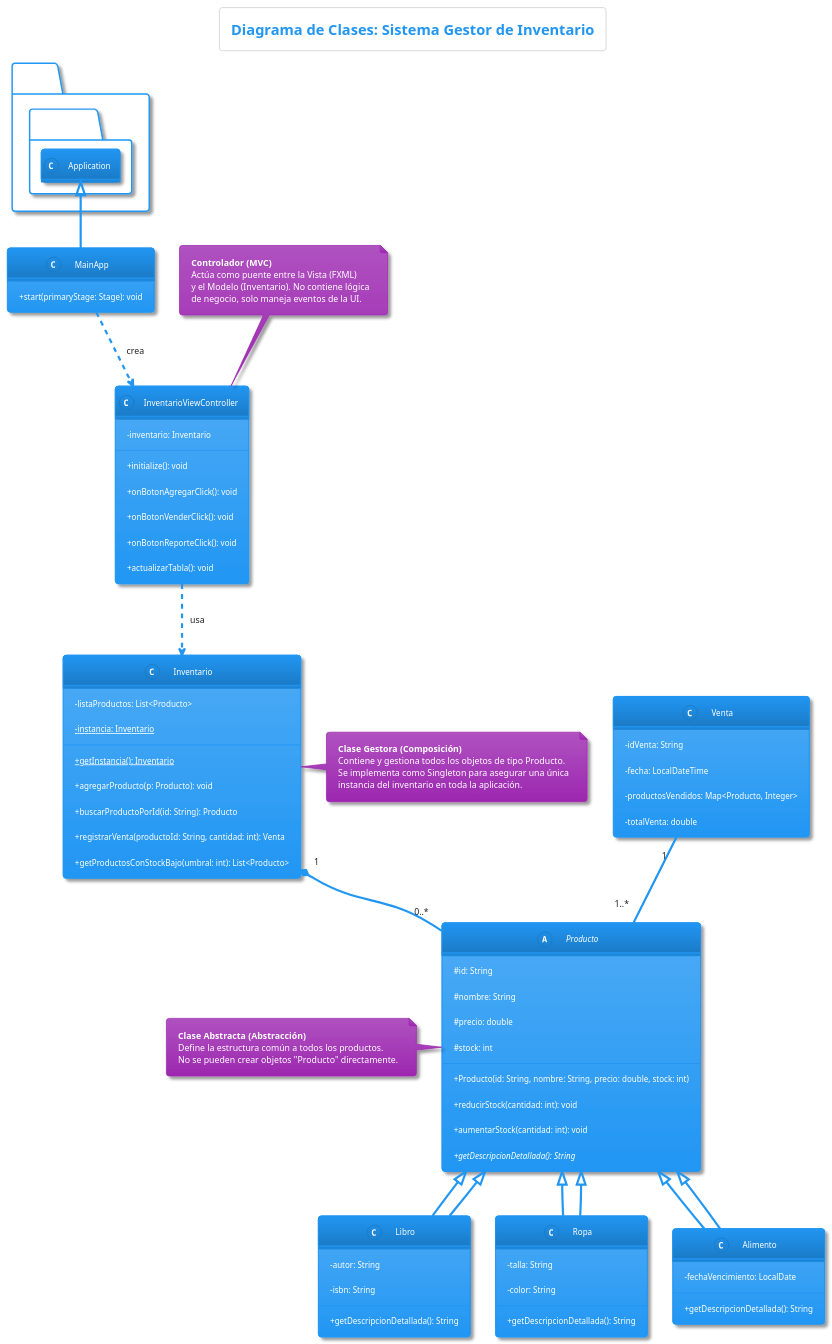
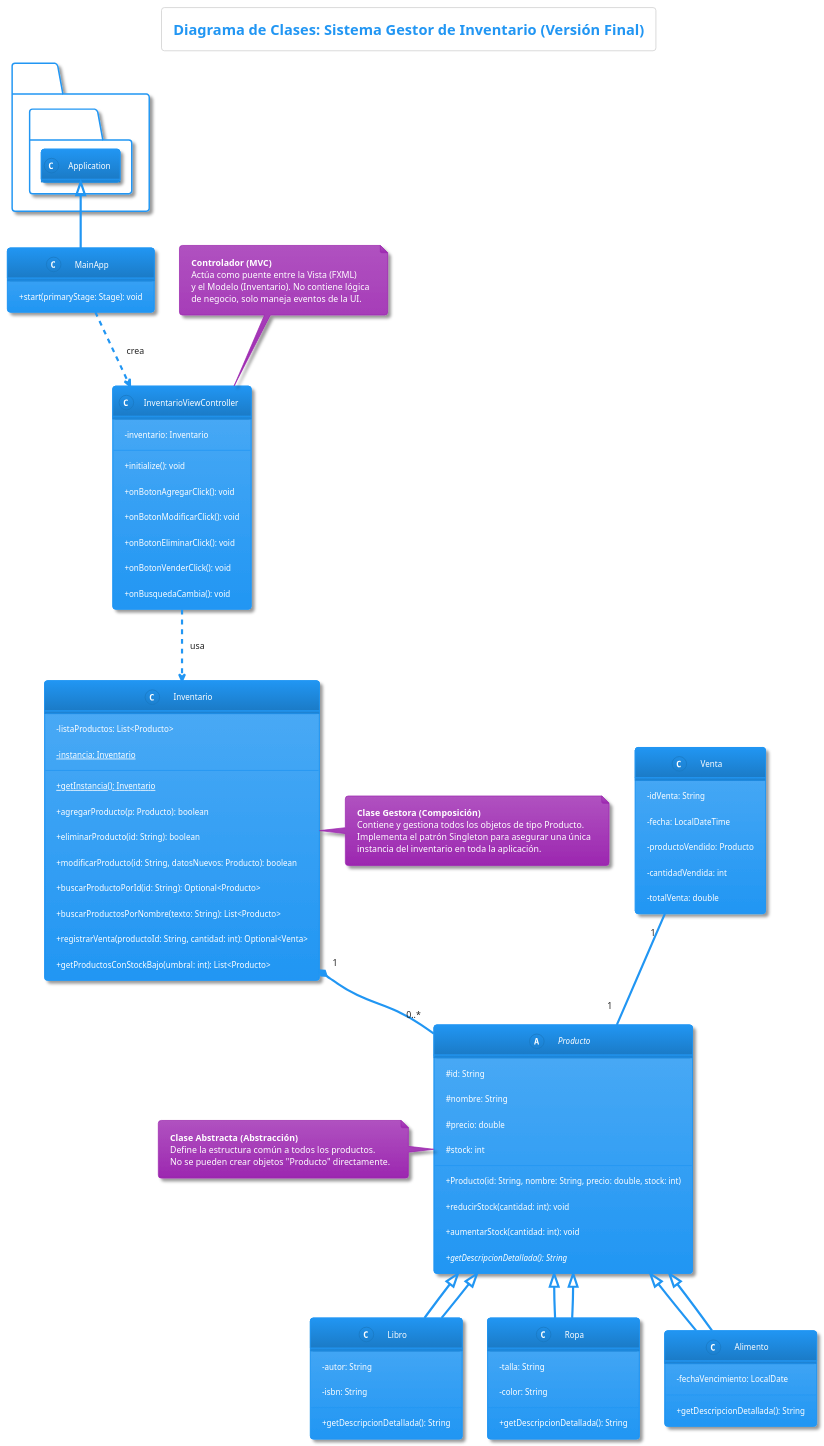
Before and after one commit to TomasChac/chacana.tomas-fernandez.victoria-Proyecto.2025.1: the diagram in diagrama_clases.puml, drawn with PlantUML. The commit also changed 5 other files, not shown here.

Commit message:
feat(backend): Implementacion de clases core para Inventario, Producto, y Venta

```diff
--- a/diagrama_clases.puml
+++ b/diagrama_clases.puml
@@ -1,126 +1,120 @@
 @startuml Gestor de Inventario
 
 !theme materia
-' Quita los iconos de atributos para un look más limpio
 skinparam classAttributeIconSize 0
-' Esconde atributos y métodos vacíos para no saturar el diagrama
 hide empty members
 
-' Título del Diagrama
-title Diagrama de Clases: Sistema Gestor de Inventario
+title Diagrama de Clases: Sistema Gestor de Inventario (Versión Final)
 
 ' === CLASES PRINCIPALES (EL MODELO) ===
 
-' Clase base abstracta para todos los productos
 abstract class Producto {
   # id: String
   # nombre: String
   # precio: double
   # stock: int
   --
   + Producto(id: String, nombre: String, precio: double, stock: int)
   + reducirStock(cantidad: int): void
   + aumentarStock(cantidad: int): void
   + {abstract} getDescripcionDetallada(): String
 }
 note left of Producto
   **Clase Abstracta (Abstracción)**
   Define la estructura común a todos los productos.
   No se pueden crear objetos "Producto" directamente.
 end note
 
-' Clases concretas que heredan de Producto
 class Libro extends Producto {
   - autor: String
   - isbn: String
   --
   + getDescripcionDetallada(): String
 }
 
 class Ropa extends Producto {
   - talla: String
   - color: String
   --
   + getDescripcionDetallada(): String
 }
 
 class Alimento extends Producto {
   - fechaVencimiento: LocalDate
   --
   + getDescripcionDetallada(): String
 }
 
-
-' Clase que gestiona la colección de productos
+' Clase gestora con los MÉTODOS ACTUALIZADOS
 class Inventario {
   - listaProductos: List<Producto>
   - {static} instancia: Inventario
   --
   + {static} getInstancia(): Inventario
-  + agregarProducto(p: Producto): void
-  + buscarProductoPorId(id: String): Producto
-  + registrarVenta(productoId: String, cantidad: int): Venta
+  + agregarProducto(p: Producto): boolean
+  + eliminarProducto(id: String): boolean
+  + modificarProducto(id: String, datosNuevos: Producto): boolean
+  + buscarProductoPorId(id: String): Optional<Producto>
+  + buscarProductosPorNombre(texto: String): List<Producto>
+  + registrarVenta(productoId: String, cantidad: int): Optional<Venta>
   + getProductosConStockBajo(umbral: int): List<Producto>
 }
 note right of Inventario
   **Clase Gestora (Composición)**
   Contiene y gestiona todos los objetos de tipo Producto.
-  Se implementa como Singleton para asegurar una única
+  Implementa el patrón Singleton para asegurar una única
   instancia del inventario en toda la aplicación.
 end note
 
-' Clase para registrar transacciones
+' La clase Venta no necesita cambios en su definición aquí
 class Venta {
     - idVenta: String
     - fecha: LocalDateTime
-    - productosVendidos: Map<Producto, Integer>
+    - productoVendido: Producto
+    - cantidadVendida: int
     - totalVenta: double
 }
 
-
 ' === CLASES DE LA INTERFAZ (VISTA Y CONTROLADOR) ===
 
-' La clase principal que inicia la aplicación JavaFX
 class MainApp extends javafx.application.Application {
   + start(primaryStage: Stage): void
 }
 
-' El controlador que conecta la lógica con la interfaz
 class InventarioViewController {
   - inventario: Inventario
   --
   + initialize(): void
   + onBotonAgregarClick(): void
+  + onBotonModificarClick(): void
+  + onBotonEliminarClick(): void
   + onBotonVenderClick(): void
-  + onBotonReporteClick(): void
-  + actualizarTabla(): void
+  + onBusquedaCambia(): void
 }
 note top of InventarioViewController
   **Controlador (MVC)**
   Actúa como puente entre la Vista (FXML)
   y el Modelo (Inventario). No contiene lógica
   de negocio, solo maneja eventos de la UI.
 end note
 
 
 ' === RELACIONES ENTRE CLASES ===
 
-' Herencia: Libro, Ropa y Alimento SON UN TIPO DE Producto
+' Herencia (sin cambios)
 Producto <|-- Libro
 Producto <|-- Ropa
 Producto <|-- Alimento
 
-' Composición: Inventario TIENE Productos. Si el inventario se destruye, los productos también.
+' Composición (sin cambios)
 Inventario "1" *-- "0..*" Producto
 
-' Asociación: Una Venta está asociada con uno o más productos.
-Venta "1" -- "1..*" Producto
+' Asociación (RELACIÓN ACTUALIZADA)
+' Ahora una Venta se asocia con exactamente 1 Producto
+Venta "1" -- "1" Producto
 
-' Dependencia: El Controlador USA el Inventario para realizar operaciones.
+' Dependencias (sin cambios)
 InventarioViewController ..> Inventario : usa
-
-' Dependencia: La App principal crea e inicia el Controlador.
 MainApp ..> InventarioViewController : crea
 
-
 @enduml
```
